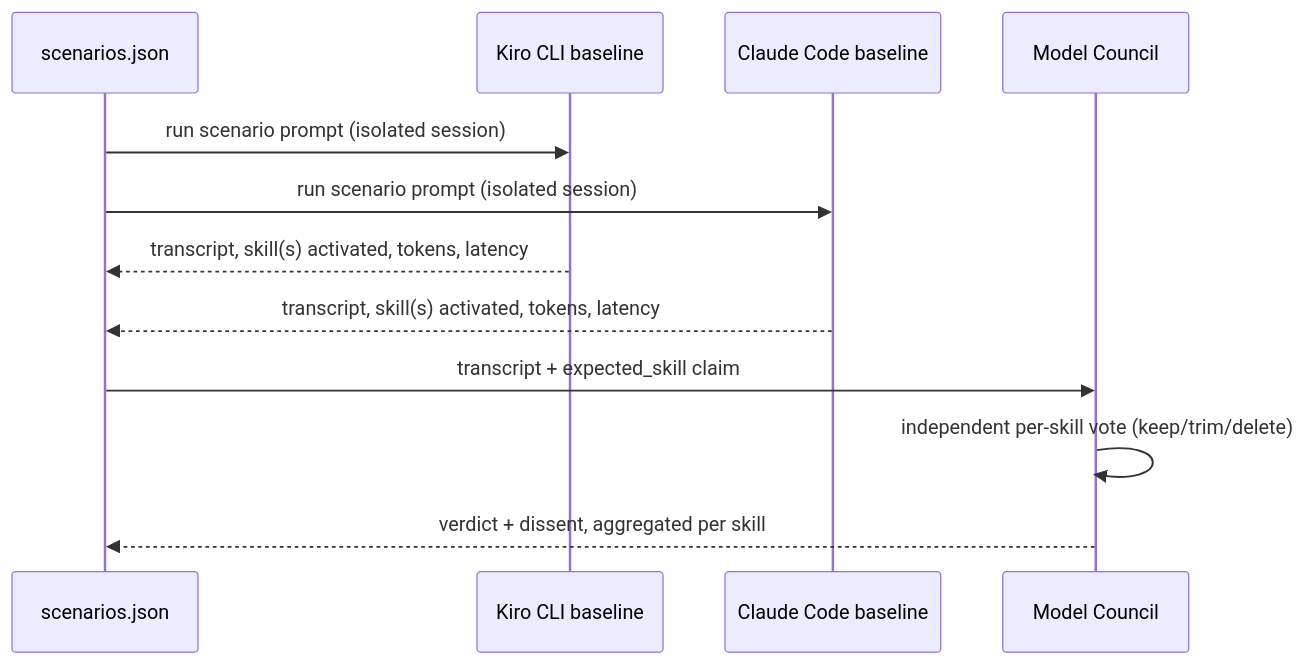
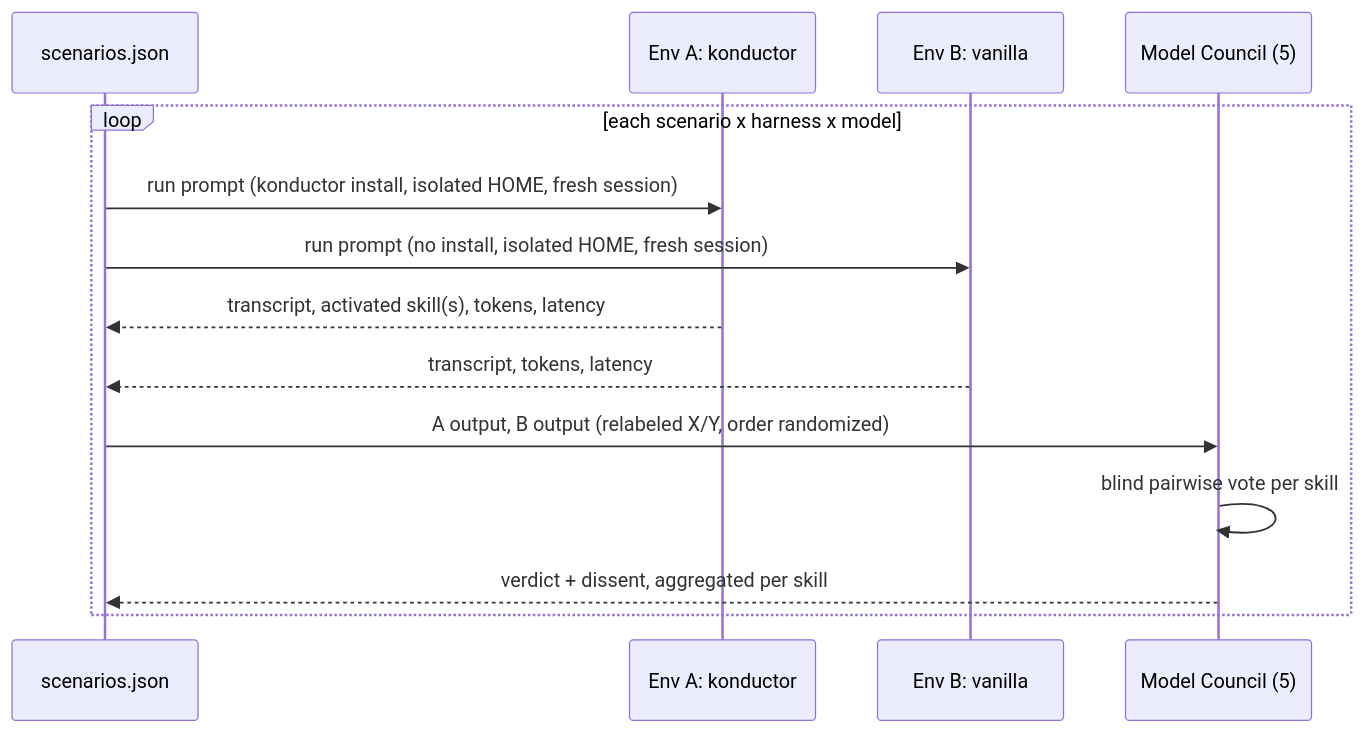
One commit to aws-solutions/konductor changed the third of 4 diagrams in .konductor/designs/benchmarking/design.md. Above: the diagram before and after it, drawn with Mermaid. The commit also changed other lines of this file, not shown here.

First line of the commit message:
wip: docs(benchmarking): A/B konductor-vs-vanilla evaluation design

````diff
--- a/.konductor/designs/benchmarking/design.md
+++ b/.konductor/designs/benchmarking/design.md
@@ -132,15 +106,17 @@
 ```mermaid
 sequenceDiagram
     participant S as scenarios.json
-    participant K as Kiro CLI baseline
-    participant C as Claude Code baseline
-    participant Cl as Model Council
+    participant A as Env A: konductor
+    participant B as Env B: vanilla
+    participant Cl as Model Council (5)
 
-    S->>K: run scenario prompt (isolated session)
-    S->>C: run scenario prompt (isolated session)
-    K-->>S: transcript, skill(s) activated, tokens, latency
-    C-->>S: transcript, skill(s) activated, tokens, latency
-    S->>Cl: transcript + expected_skill claim
-    Cl->>Cl: independent per-skill vote (keep/trim/delete)
-    Cl-->>S: verdict + dissent, aggregated per skill
+    loop each scenario x harness x model
+        S->>A: run prompt (konductor install, isolated HOME, fresh session)
+        S->>B: run prompt (no install, isolated HOME, fresh session)
+        A-->>S: transcript, activated skill(s), tokens, latency
+        B-->>S: transcript, tokens, latency
+        S->>Cl: A output, B output (relabeled X/Y, order randomized)
+        Cl->>Cl: blind pairwise vote per skill
+        Cl-->>S: verdict + dissent, aggregated per skill
+    end
 ```
````
